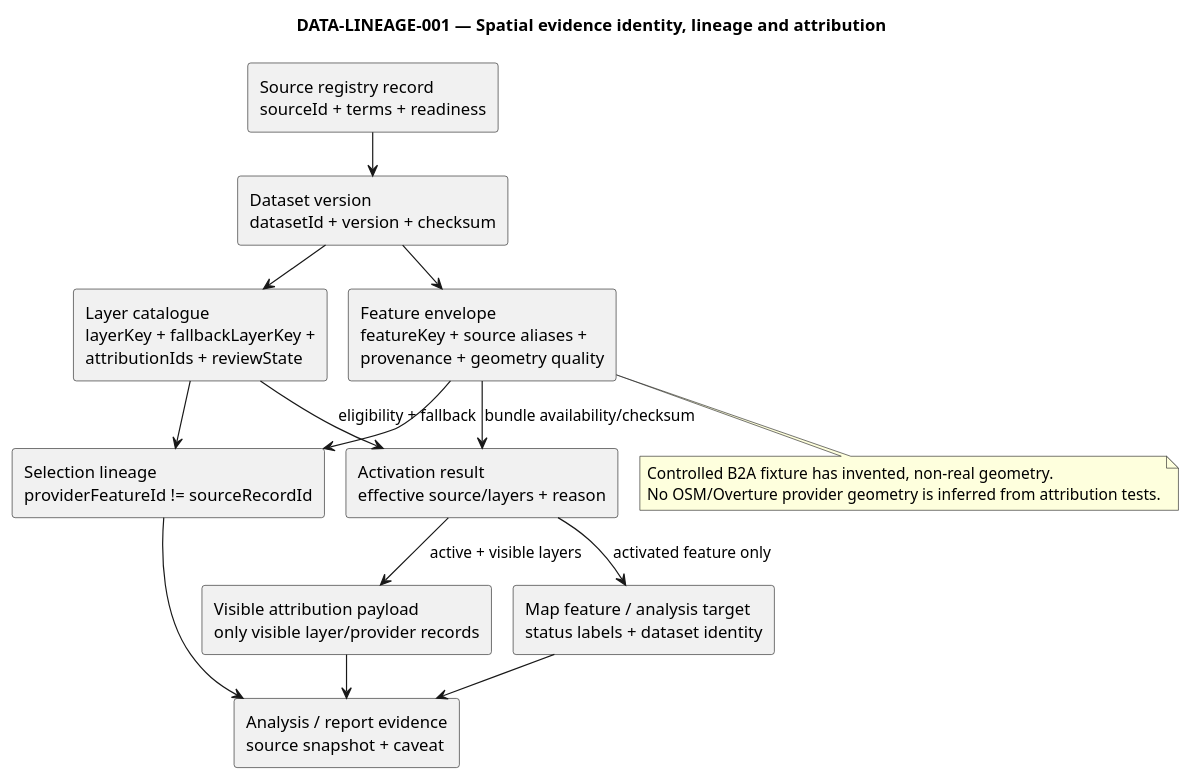
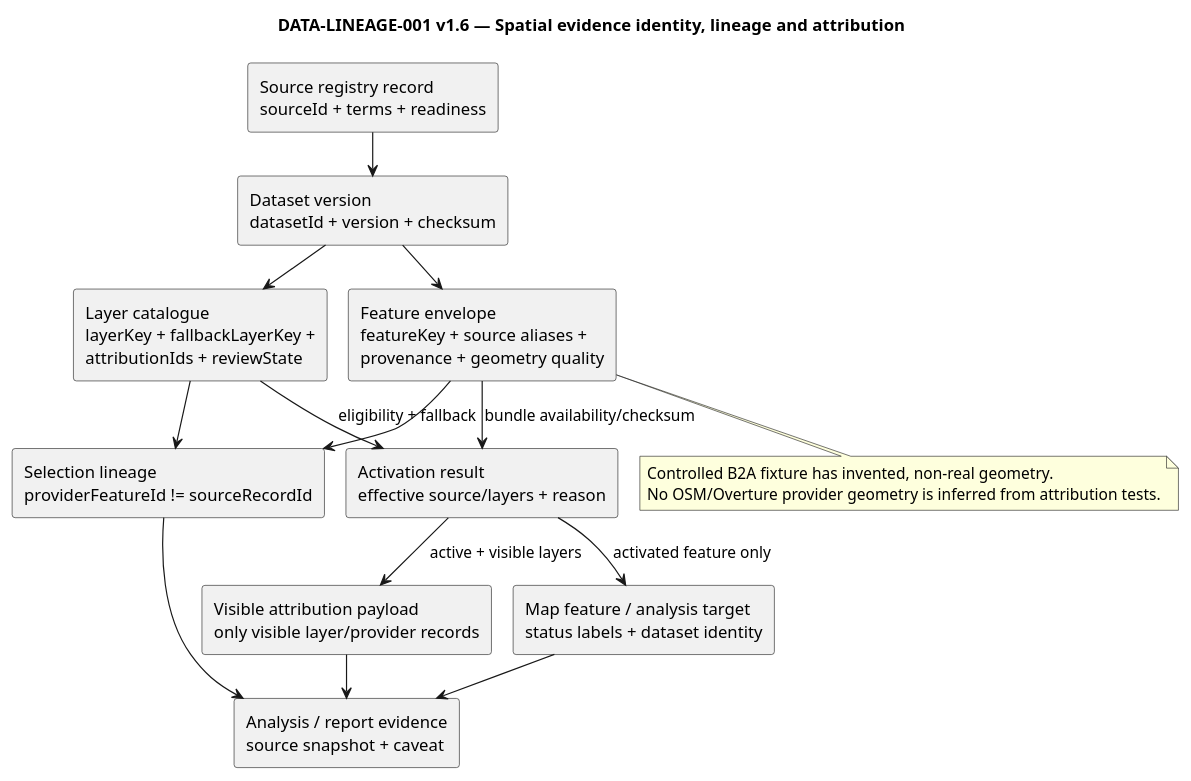
Before and after one commit to mmgolikov/geoai-mvp: the diagram in docs/artifacts/lineage/DATA-LINEAGE-001-spatial-evidence-flow.puml, drawn with PlantUML. The commit also changed 30 other files, not shown here.

Commit message:
docs: preserve controlled architecture versions

```diff
--- a/docs/artifacts/lineage/DATA-LINEAGE-001-spatial-evidence-flow.puml
+++ b/docs/artifacts/lineage/DATA-LINEAGE-001-spatial-evidence-flow.puml
@@ -1,35 +1,35 @@
 @startuml DATA-LINEAGE-001
 !pragma layout smetana
-title DATA-LINEAGE-001 — Spatial evidence identity, lineage and attribution
+title DATA-LINEAGE-001 v1.6 — Spatial evidence identity, lineage and attribution
 skinparam backgroundColor #FFFFFF
 skinparam shadowing false
 skinparam defaultFontName Arial
 
 rectangle "Source registry record\nsourceId + terms + readiness" as Registry
 rectangle "Dataset version\ndatasetId + version + checksum" as Dataset
 rectangle "Feature envelope\nfeatureKey + source aliases +\nprovenance + geometry quality" as Feature
 rectangle "Layer catalogue\nlayerKey + fallbackLayerKey +\nattributionIds + reviewState" as Layer
 rectangle "Activation result\neffective source/layers + reason" as Activation
 rectangle "Map feature / analysis target\nstatus labels + dataset identity" as MapFeature
 rectangle "Selection lineage\nproviderFeatureId != sourceRecordId" as Selection
 rectangle "Visible attribution payload\nonly visible layer/provider records" as Attribution
 rectangle "Analysis / report evidence\nsource snapshot + caveat" as Evidence
 
 Registry --> Dataset
 Dataset --> Feature
 Dataset --> Layer
 Feature --> Activation : bundle availability/checksum
 Layer --> Activation : eligibility + fallback
 Activation --> MapFeature : activated feature only
 Feature --> Selection
 Layer --> Selection
 MapFeature --> Evidence
 Selection --> Evidence
 Activation --> Attribution : active + visible layers
 Attribution --> Evidence
 
 note bottom of Feature
 Controlled B2A fixture has invented, non-real geometry.
 No OSM/Overture provider geometry is inferred from attribution tests.
 end note
 @enduml
```
